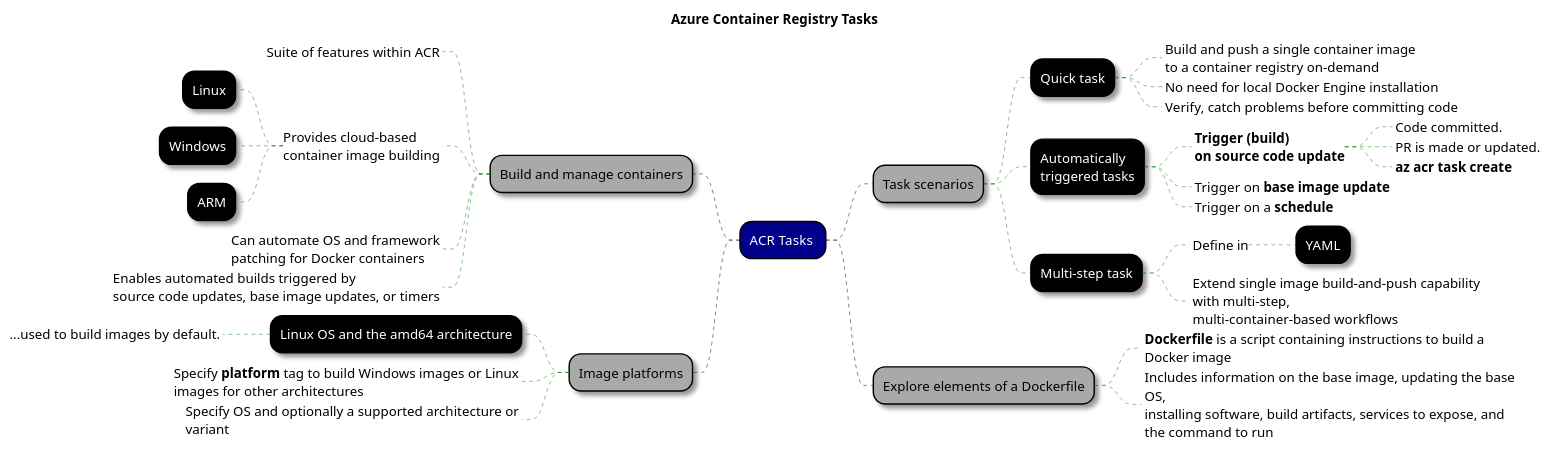
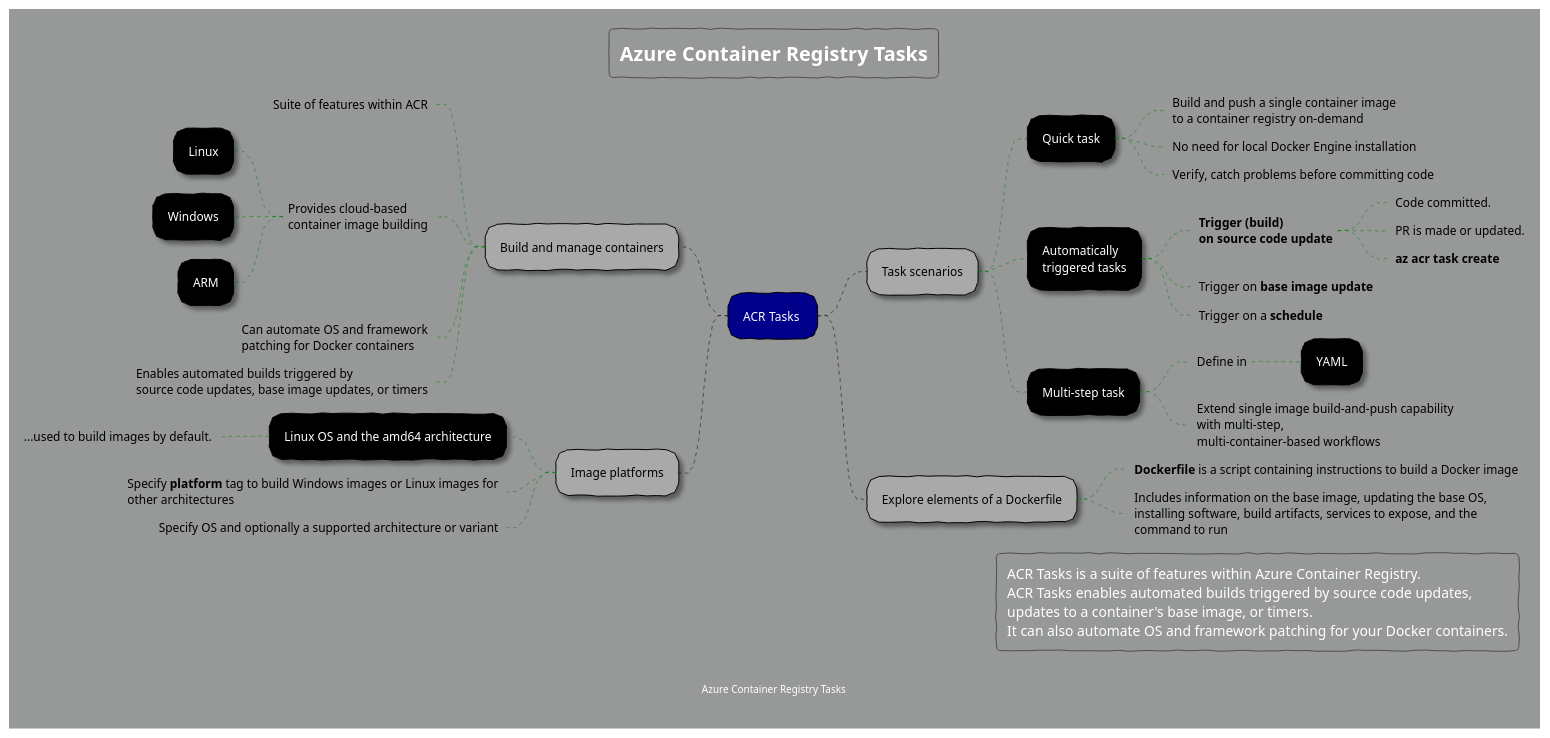
The diagram in Notes/Diagrams/ContainerRegistry/container-registry-tasks.plantuml (rob-bl8ke/Az204-Containerization), drawn with PlantUML before and after one commit. The commit also changed 7 other files, not shown here.

```diff
--- a/Notes/Diagrams/ContainerRegistry/container-registry-tasks.plantuml
+++ b/Notes/Diagrams/ContainerRegistry/container-registry-tasks.plantuml
@@ -1,85 +1,97 @@
 @startmindmap "Azure Container Registry Tasks"
 
+' https://plantuml.com/theme
+!theme sketchy
+skinparam backgroundColor #969998
+
 title Azure Container Registry Tasks
+footer Azure Container Registry Tasks
 
 <style>
     mindMapDiagram {
         .root {
             BackgroundColor darkblue
             LineColor black
             FontColor white
         }
 
         node {
             FontColor white
             LineColor black
             BackgroundColor black
             Shadowing 2.0
             RoundCorner 25
         }
         :depth(0) {
             FontColor black
             LineColor white
             BackgroundColor white
             Shadowing 0.0
         }
         :depth(1) {
             FontColor black
             BackgroundColor darkgrey
             Shadowing 2.0
         }
 
         arrow {
             LineStyle 4
             LineThickness 0.5
             LineColor green
         }
 
         boxless {
             FontColor black
             Margin 10
             Padding 10
             MaximumWidth 400
         }
     }
 </style>
 
 - ACR Tasks <<root>>
 -- Build and manage containers
 ---_ Suite of features within ACR
 ---_ Provides cloud-based\ncontainer image building
 ---- Linux
 ---- Windows
 ---- ARM
 ---_ Can automate OS and framework\npatching for Docker containers
 ---_ Enables automated builds triggered by\nsource code updates, base image updates, or timers
 
 ++ Task scenarios
 +++ Quick task
 ++++_ Build and push a single container image\nto a container registry on-demand
 ++++_ No need for local Docker Engine installation
 ++++_ Verify, catch problems before committing code
 +++ Automatically\ntriggered tasks
 ++++_ **Trigger (build)**\n**on source code update**
 +++++_ Code committed.
 +++++_ PR is made or updated.
 +++++_ **az acr task create**
 ++++_ Trigger on **base image update**
 ++++_ Trigger on a **schedule**
  
 +++ Multi-step task
 ++++_ Define in
 +++++ YAML
 ++++_ Extend single image build-and-push capability\nwith multi-step,\nmulti-container-based workflows
 
 -- Image platforms
 --- Linux OS and the amd64 architecture
 ----_ ...used to build images by default.
 ---_ Specify **platform** tag to build Windows images or Linux images for other architectures
 ---_ Specify OS and optionally a supported architecture or variant
 
 ++ Explore elements of a Dockerfile
 +++_ **Dockerfile** is a script containing instructions to build a Docker image
 +++_ Includes information on the base image, updating the base OS,\ninstalling software, build artifacts, services to expose, and the command to run
 
+legend right
+ACR Tasks is a suite of features within Azure Container Registry.
+ACR Tasks enables automated builds triggered by source code updates, 
+updates to a container's base image, or timers.
+It can also automate OS and framework patching for your Docker containers.
+endlegend
+
 @endmindmap
```
